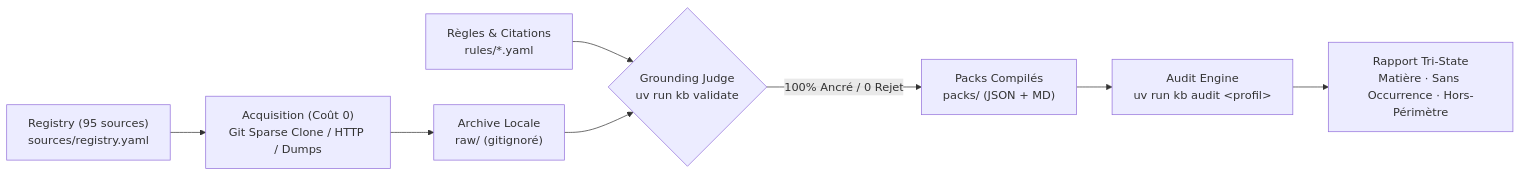
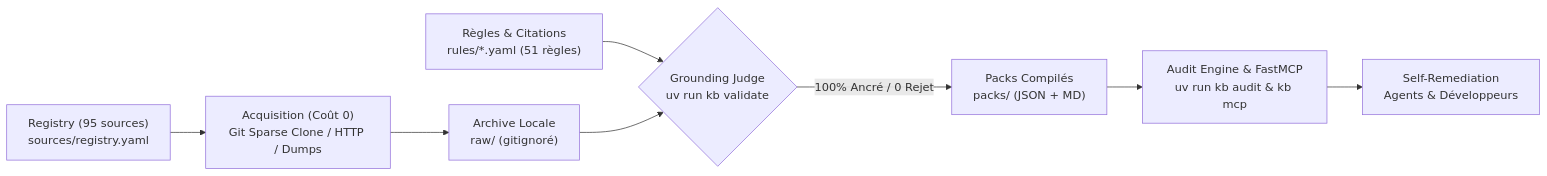
The diagram in README.md (Alpha2-far/engineering-kb), drawn with Mermaid before and after one commit. The commit also changed other lines of this file and 32 other files, not shown here.

````diff
--- a/README.md
+++ b/README.md
@@ -18,10 +103,10 @@
 ```mermaid
 flowchart LR
     A["Registry (95 sources)<br/>sources/registry.yaml"] --> B["Acquisition (Coût 0)<br/>Git Sparse Clone / HTTP / Dumps"]
     B --> C["Archive Locale<br/>raw/ (gitignoré)"]
-    D["Règles & Citations<br/>rules/*.yaml"] --> E{"Grounding Judge<br/>uv run kb validate"}
+    D["Règles & Citations<br/>rules/*.yaml (51 règles)"] --> E{"Grounding Judge<br/>uv run kb validate"}
     C --> E
     E -->|100% Ancré / 0 Rejet| F["Packs Compilés<br/>packs/ (JSON + MD)"]
-    F --> G["Audit Engine<br/>uv run kb audit &lt;profil&gt;"]
-    G --> H["Rapport Tri-State<br/>Matière · Sans Occurrence · Hors-Périmètre"]
+    F --> G["Audit Engine & FastMCP<br/>uv run kb audit & kb mcp"]
+    G --> H["Self-Remediation<br/>Agents & Développeurs"]
 ```
````
